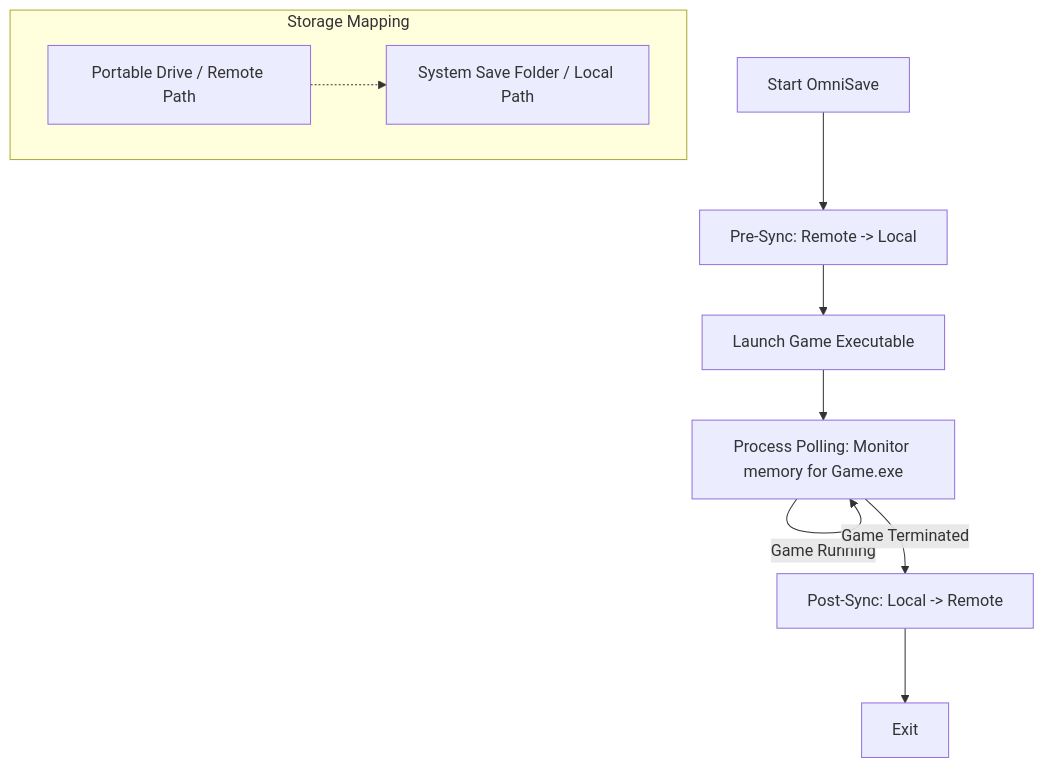
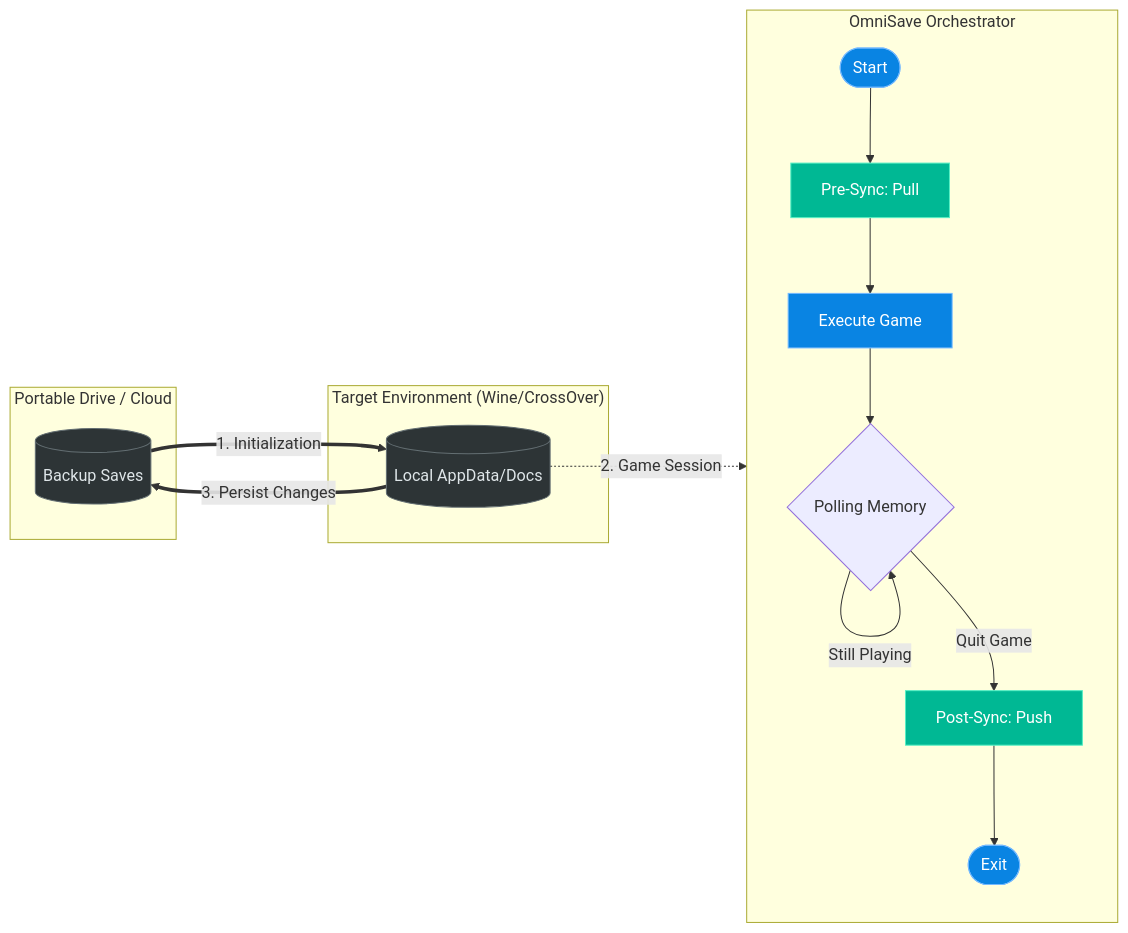
One commit to abduznik/OmniSave changed the diagram in README.md. Above: the diagram before and after it, drawn with Mermaid. The commit also changed other lines of this file, not shown here.

Commit message:
Improve README layout, diagram styling, and discoverability

````diff
--- a/README.md
+++ b/README.md
@@ -11,13 +11,33 @@
 ```mermaid
-graph TD
-    A[Start OmniSave] --> B[Pre-Sync: Remote -> Local]
-    B --> C[Launch Game Executable]
-    C --> D[Process Polling: Monitor memory for Game.exe]
-    D -- Game Running --> D
-    D -- Game Terminated --> E[Post-Sync: Local -> Remote]
-    E --> F[Exit]
+flowchart LR
+    subgraph "Portable Drive / Cloud"
+        Remote[(Backup Saves)]
+    end
+
+    subgraph "OmniSave Orchestrator"
+        direction TB
+        Start([Start]) --> SyncIn[Pre-Sync: Pull]
+        SyncIn --> Exec[Execute Game]
+        Exec --> Monitor{Polling Memory}
+        Monitor -- "Still Playing" --> Monitor
+        Monitor -- "Quit Game" --> SyncOut[Post-Sync: Push]
+        SyncOut --> End([Exit])
+    end
+
+    subgraph "Target Environment (Wine/CrossOver)"
+        Local[(Local AppData/Docs)]
+    end
+
+    Remote ==>|"1. Initialization"| Local
+    Local -.->|"2. Game Session"| Monitor
+    Local ==>|"3. Persist Changes"| Remote
+
+    %% Styling
+    classDef storage fill:#2d3436,color:#dfe6e9,stroke:#636e72
+    classDef process fill:#0984e3,color:#fff,stroke:#74b9ff
+    classDef action fill:#00b894,color:#fff,stroke:#55efc4
     
-    subgraph "Storage Mapping"
-    G[Portable Drive / Remote Path] -.-> H[System Save Folder / Local Path]
-    end
+    class Remote,Local storage
+    class Start,End,Exec process
+    class SyncIn,SyncOut action
 ```
````
